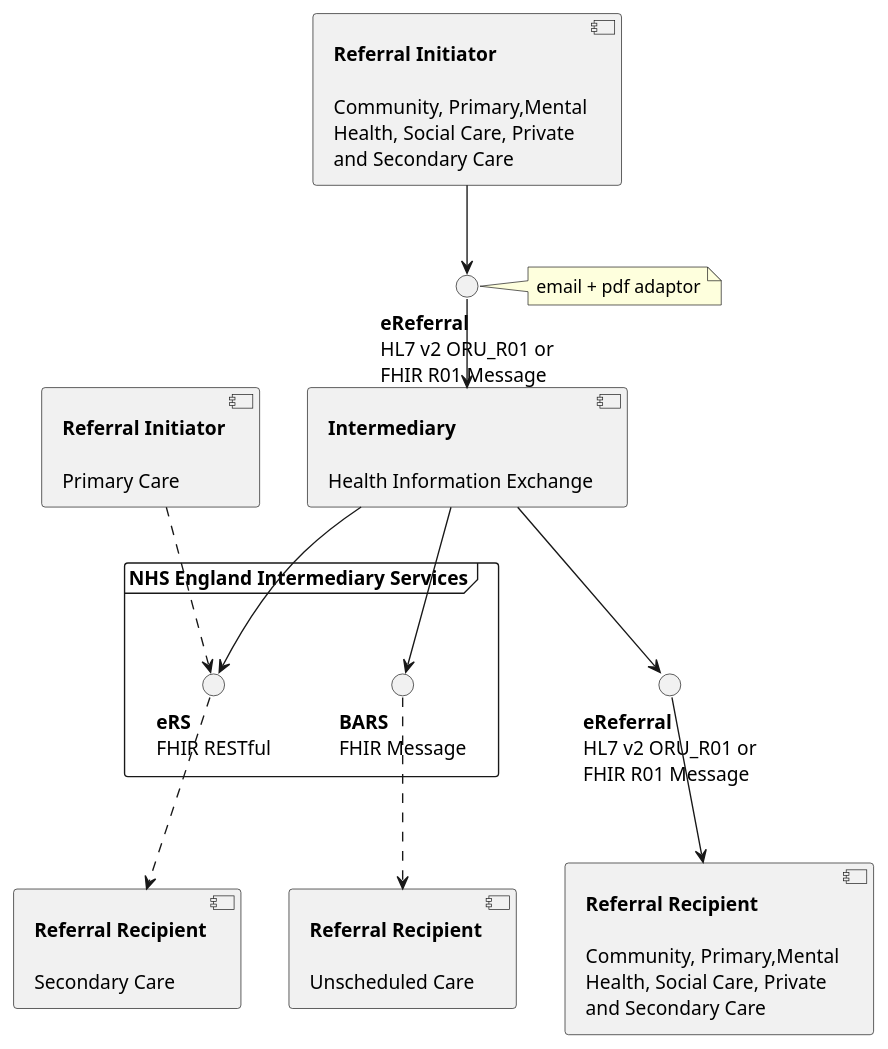
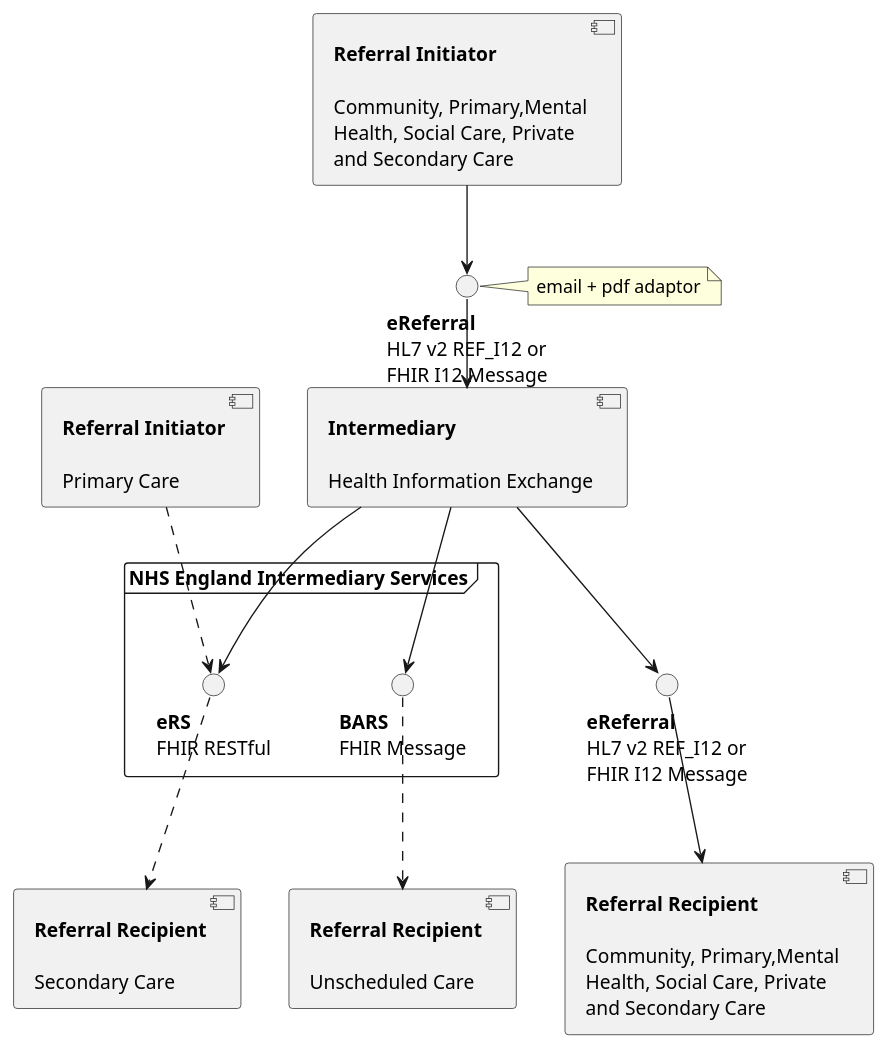
The diagram in input/images-source/eReferral-component.plantuml (Virtually-Healthcare/virtually-healthcare.github.com), drawn with PlantUML before and after one commit. The commit also changed 3 other files, not shown here.

```diff
--- a/input/images-source/eReferral-component.plantuml
+++ b/input/images-source/eReferral-component.plantuml
@@ -1,41 +1,41 @@
 @startuml
 
 component "**Referral Recipient**\n\nCommunity, Primary,Mental\nHealth, Social Care, Private\nand Secondary Care" as LIMS
 
 component "**Referral Recipient**\n\nSecondary Care" as secondary
 
 component "**Referral Recipient**\n\nUnscheduled Care" as UEC
 
 component "**Intermediary**\n\nHealth Information Exchange" as TIE
 
 component "**Referral Initiator**\n\nPrimary Care" as gp
 component "**Referral Initiator**\n\nCommunity, Primary,Mental\nHealth, Social Care, Private\nand Secondary Care" as userOther
 
-interface "**eReferral**\nHL7 v2 ORU_R01 or\nFHIR R01 Message" as HL7_I12
-interface "**eReferral**\nHL7 v2 ORU_R01 or\nFHIR R01 Message" as HL7_I122
+interface "**eReferral**\nHL7 v2 REF_I12 or\nFHIR I12 Message" as HL7_I12
+interface "**eReferral**\nHL7 v2 REF_I12 or\nFHIR I12 Message" as HL7_I122
 
 frame "NHS England Intermediary Services" as service {
   interface "**eRS**\nFHIR RESTful" as eRS
   interface "**BARS**\nFHIR Message" as BARS
 }
 
 userOther -d-> HL7_I12
 HL7_I12 -d-> TIE
 
 gp .d.> eRS
 
 TIE -d-> HL7_I122
 HL7_I122 -d-> LIMS
 
 TIE -d-> eRS
 eRS .d.> secondary
 
 TIE -d-> BARS
 BARS .d.> UEC
 
 note right of HL7_I12
 email + pdf adaptor
 end note
 
 
 @enduml
```
